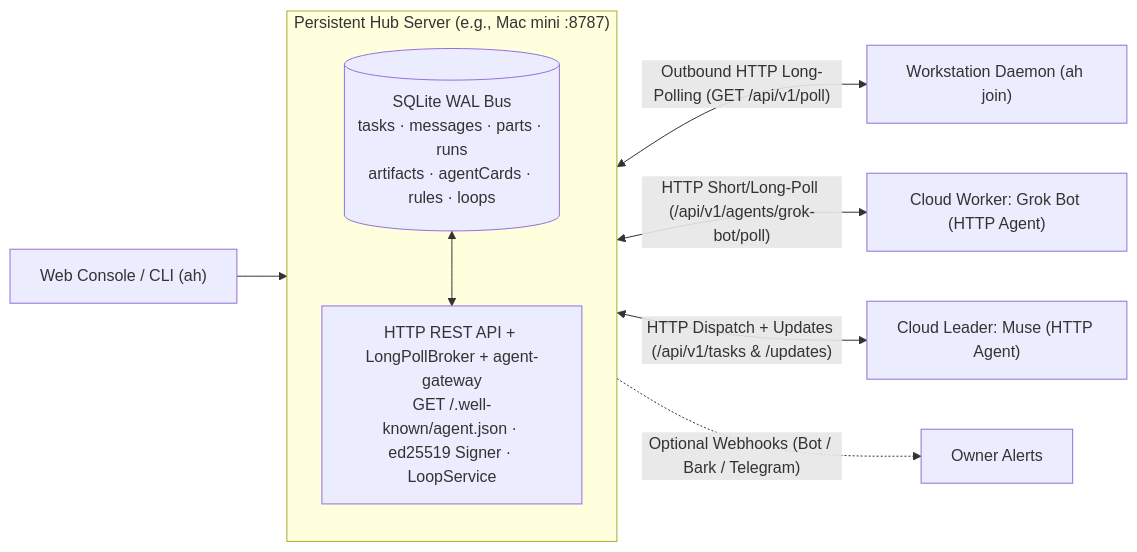
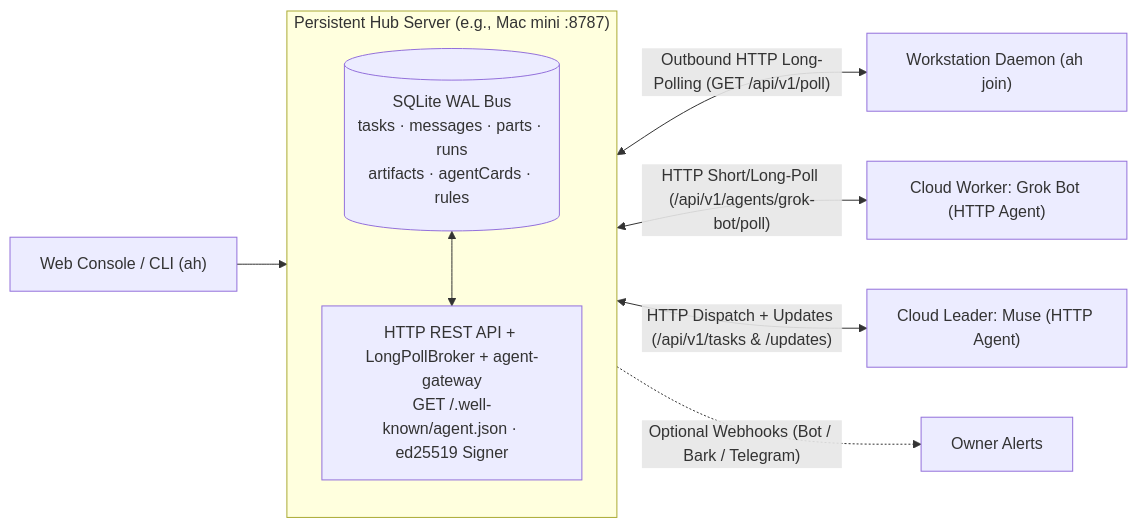
The diagram in README.en.md (backtomyfuture/a2a-hub), drawn with Mermaid before and after one commit. The commit also changed other lines of this file and 47 other files, not shown here.

Commit message:
refactor: slim down to lite A2A architecture (remove herdr & LoopForge, add Context_ID session resume & fan-out)

````diff
--- a/README.en.md
+++ b/README.en.md
@@ -32,14 +32,14 @@
 ```mermaid
 flowchart LR
     WEB["Web Console / CLI (ah)"] --> HUB
     subgraph HUB["Persistent Hub Server (e.g., Mac mini :8787)"]
         direction TB
-        SQL[("SQLite WAL Bus\ntasks · messages · parts · runs\nartifacts · agentCards · rules · loops")]
-        API["HTTP REST API + LongPollBroker + agent-gateway\nGET /.well-known/agent.json · ed25519 Signer · LoopService"]
+        SQL[("SQLite WAL Bus\ntasks · messages · parts · runs\nartifacts · agentCards · rules")]
+        API["HTTP REST API + LongPollBroker + agent-gateway\nGET /.well-known/agent.json · ed25519 Signer"]
         SQL <--> API
     end
     HUB <-->|"Outbound HTTP Long-Polling (GET /api/v1/poll)"| N1["Workstation Daemon (ah join)"]
     HUB <-->|"HTTP Short/Long-Poll (/api/v1/agents/grok-bot/poll)"| N2["Cloud Worker: Grok Bot (HTTP Agent)"]
     HUB <-->|"HTTP Dispatch + Updates (/api/v1/tasks & /updates)"| N3["Cloud Leader: Muse (HTTP Agent)"]
     HUB -.->|"Optional Webhooks (Bot / Bark / Telegram)"| OWNER["Owner Alerts"]
 ```
````
